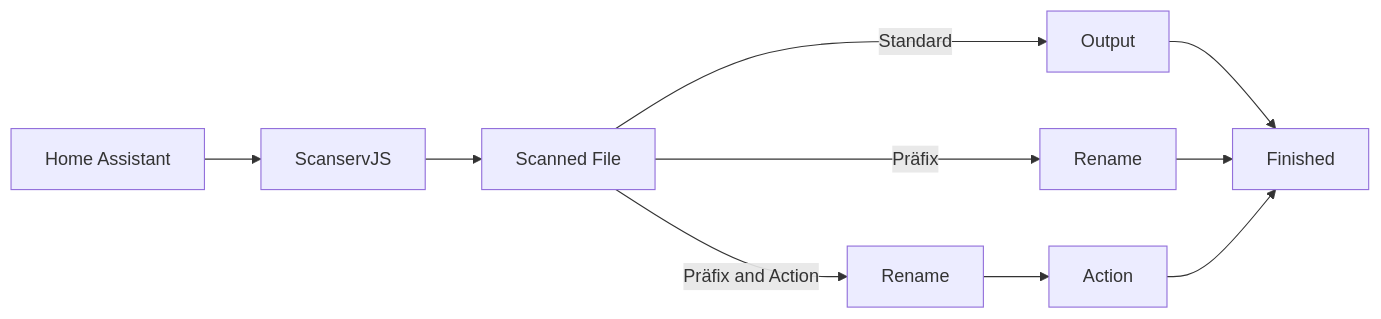
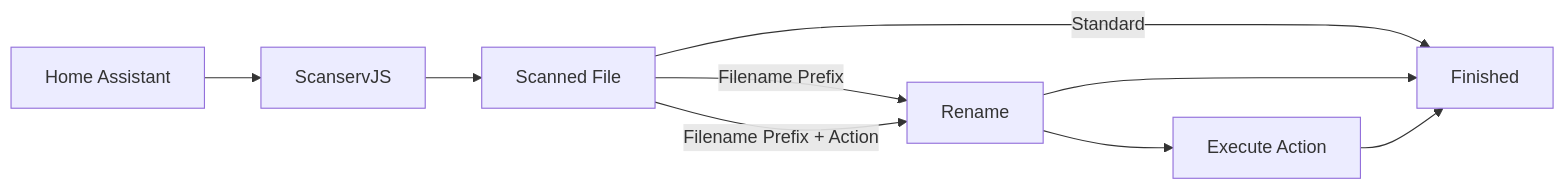
One commit to marioir2001/scanservjs_ha changed the diagram in README.md. Above: the diagram before and after it, drawn with Mermaid.

````diff
--- a/README.md
+++ b/README.md
@@ -118,8 +118,9 @@
 ```mermaid
 flowchart LR
     A[Home Assistant] --> B[ScanservJS]
     B --> C[Scanned File]
-    C --> |Standard|D[Output] --> H
-    C --> |Präfix| E[Rename] --> H
-    C --> |Präfix and Action|F[Rename] --> G[Action] --> H[Finished]
+
+    C -->|Standard| H[Finished]
+    C -->|Filename Prefix| D[Rename] --> H
+    C -->|Filename Prefix + Action| D --> E[Execute Action] --> H
 ```
````
